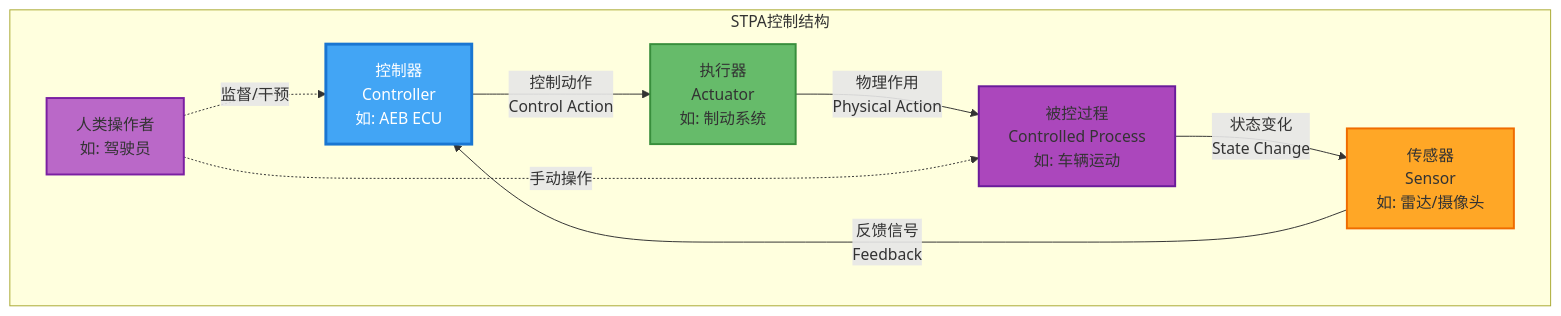
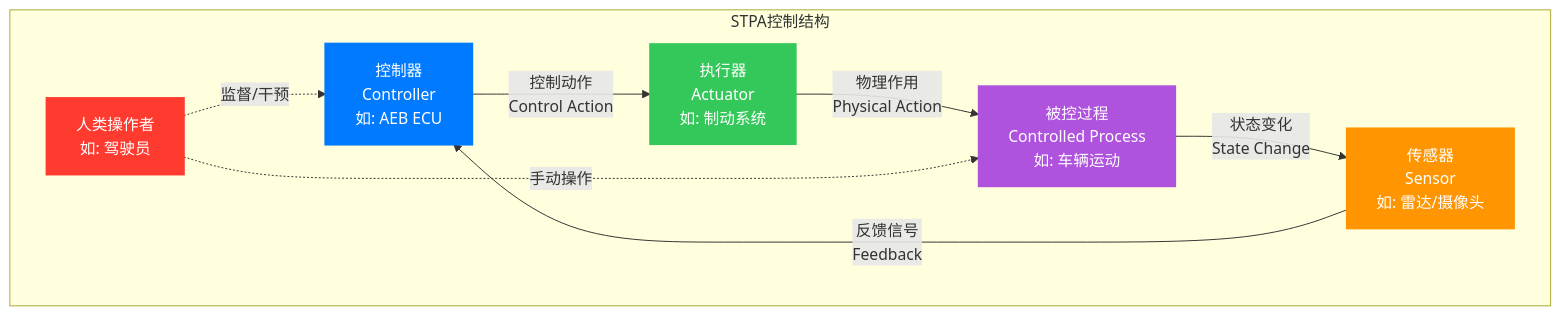
One commit to s-ai-unix/blog changed the seventh of 13 diagrams in content/posts/2026-01-16-automotive-risk-analysis-overview.md. Above: the diagram before and after it, drawn with Mermaid. The commit also changed other lines of this file and 9 other files, not shown here.

````diff
--- a/content/posts/2026-01-16-automotive-risk-analysis-overview.md
+++ b/content/posts/2026-01-16-automotive-risk-analysis-overview.md
@@ -289,23 +367,23 @@
 ```mermaid
 graph TB
     subgraph STPA控制结构
         Controller[控制器<br>Controller<br/>如: AEB ECU]
         Actuator[执行器<br>Actuator<br/>如: 制动系统]
         Sensor[传感器<br>Sensor<br/>如: 雷达/摄像头]
         Process[被控过程<br>Controlled Process<br/>如: 车辆运动]
 
         Controller -->|控制动作<br/>Control Action| Actuator
         Actuator -->|物理作用<br/>Physical Action| Process
         Process -->|状态变化<br/>State Change| Sensor
         Sensor -->|反馈信号<br/>Feedback| Controller
 
         Human[人类操作者<br/>如: 驾驶员] -.->|监督/干预| Controller
         Human -.->|手动操作| Process
     end
 
-    style Controller fill:#42a5f5,stroke:#1976d2,stroke-width:3px,color:#ffffff
-    style Actuator fill:#66bb6a,stroke:#388e3c,stroke-width:2px
-    style Sensor fill:#ffa726,stroke:#ef6c00,stroke-width:2px
-    style Process fill:#ab47bc,stroke:#6a1b9a,stroke-width:2px
-    style Human fill:#ba68c8,stroke:#7b1fa2,stroke-width:2px
+    style Controller fill:#007AFF,stroke:#007AFF,stroke-width:3px,color:#ffffff
+    style Actuator fill:#34C759,stroke:#34C759,stroke-width:2px,color:#ffffff
+    style Sensor fill:#FF9500,stroke:#FF9500,stroke-width:2px,color:#ffffff
+    style Process fill:#AF52DE,stroke:#AF52DE,stroke-width:2px,color:#ffffff
+    style Human fill:#FF3B30,stroke:#FF3B30,stroke-width:2px,color:#ffffff
 ```
````
